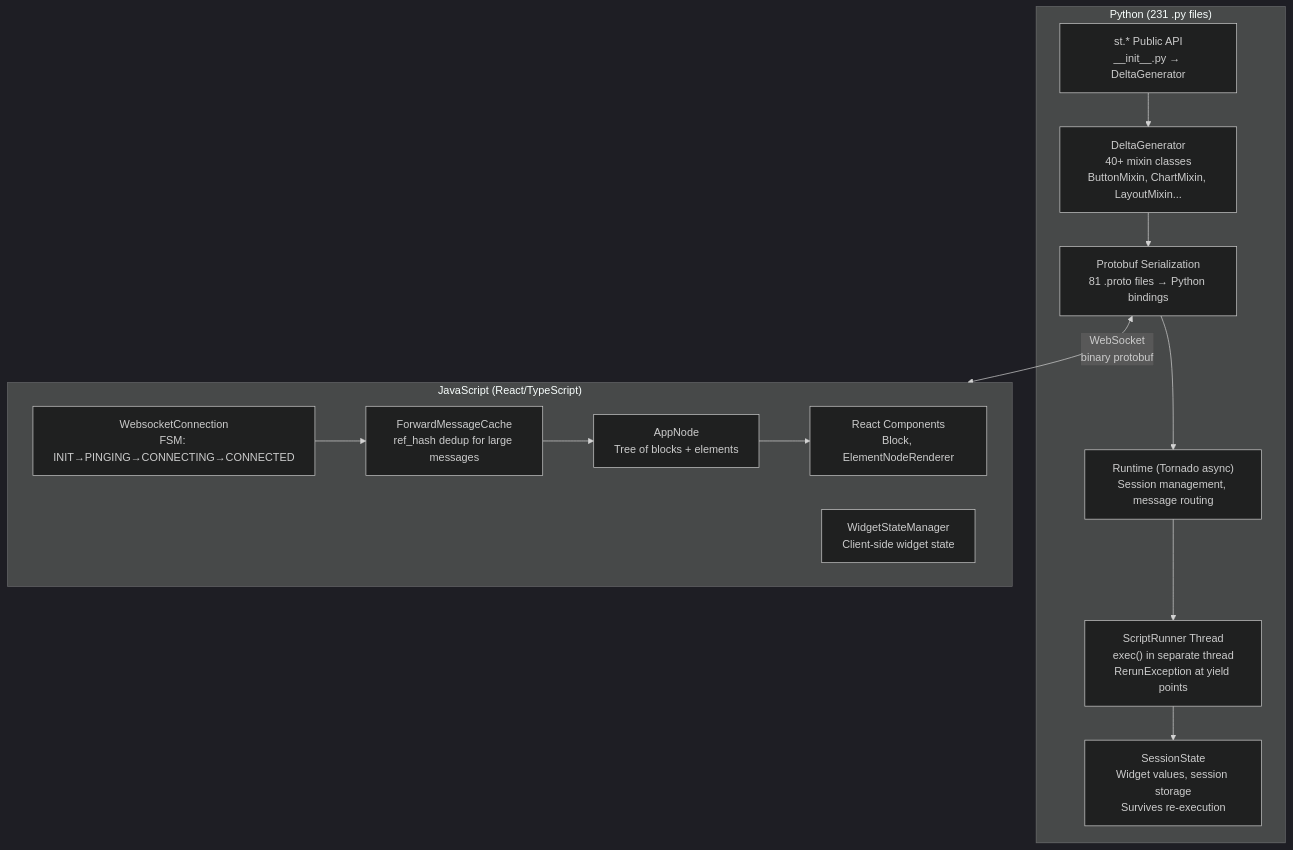
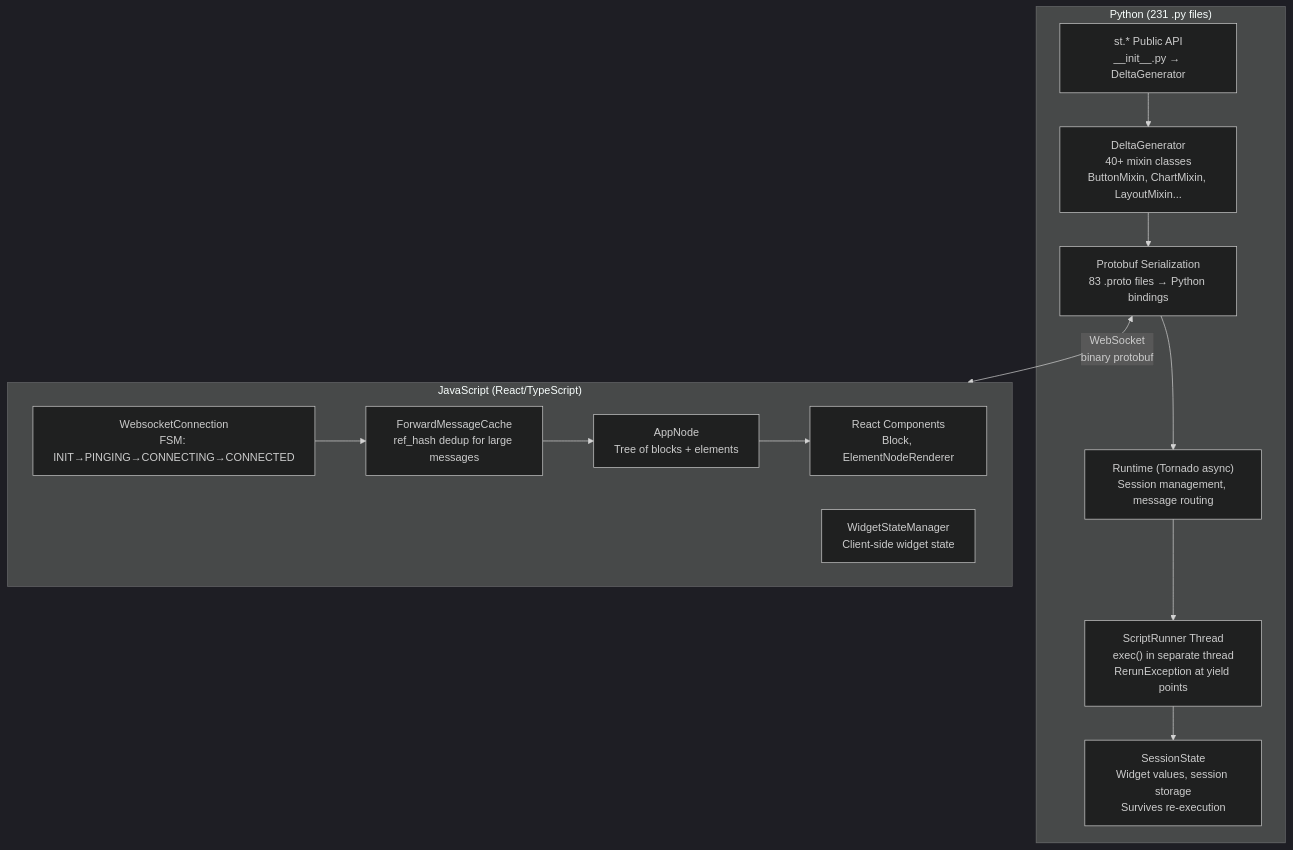
The second of 2 diagrams in [src.AI]/src.streamlit/markdown/00-overview.md (ewe-studios/explorations), drawn with Mermaid (dark theme) before and after one commit. The commit also changed other lines of this file and 21 other files, not shown here.

Commit message:
UPDATE: src.streamlit — 8 deep-dive docs covering rerun model, DeltaGenerator, protobuf bridge, SessionState, widget protocol, caching, fragments, and React frontend. 14K+ words, 16 mermaid diagrams, grandfather review verified against source.

````diff
--- a/[src.AI]/src.streamlit/markdown/00-overview.md
+++ b/[src.AI]/src.streamlit/markdown/00-overview.md
@@ -35,24 +35,24 @@
 ```mermaid
 flowchart TD
     subgraph Python["Python (231 .py files)"]
         API["st.* Public API<br/>__init__.py → DeltaGenerator"]
         DG["DeltaGenerator<br/>40+ mixin classes<br/>ButtonMixin, ChartMixin, LayoutMixin..."]
-        Proto["Protobuf Serialization<br/>81 .proto files → Python bindings"]
+        Proto["Protobuf Serialization<br/>83 .proto files → Python bindings"]
         SR["ScriptRunner Thread<br/>exec() in separate thread<br/>RerunException at yield points"]
         SS["SessionState<br/>Widget values, session storage<br/>Survives re-execution"]
         Runtime["Runtime (Tornado async)<br/>Session management, message routing"]
     end
 
     Proto <-->|"WebSocket<br/>binary protobuf"| JS
 
     subgraph JS["JavaScript (React/TypeScript)"]
         WSClient["WebsocketConnection<br/>FSM: INIT→PINGING→CONNECTING→CONNECTED"]
         Cache["ForwardMessageCache<br/>ref_hash dedup for large messages"]
         AppNode["AppNode<br/>Tree of blocks + elements"]
         Widgets2["WidgetStateManager<br/>Client-side widget state"]
         Render["React Components<br/>Block, ElementNodeRenderer"]
     end
 
     API --> DG --> Proto --> Runtime --> SR --> SS
     WSClient --> Cache --> AppNode --> Render
 ```
````
